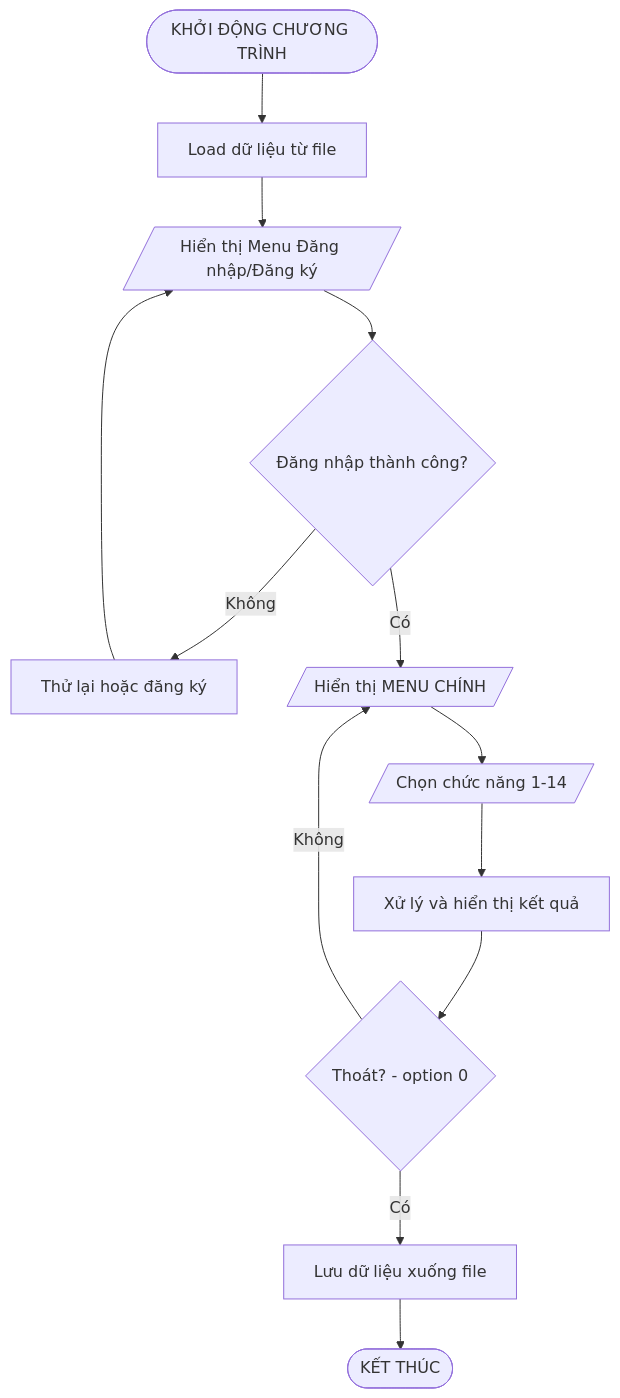
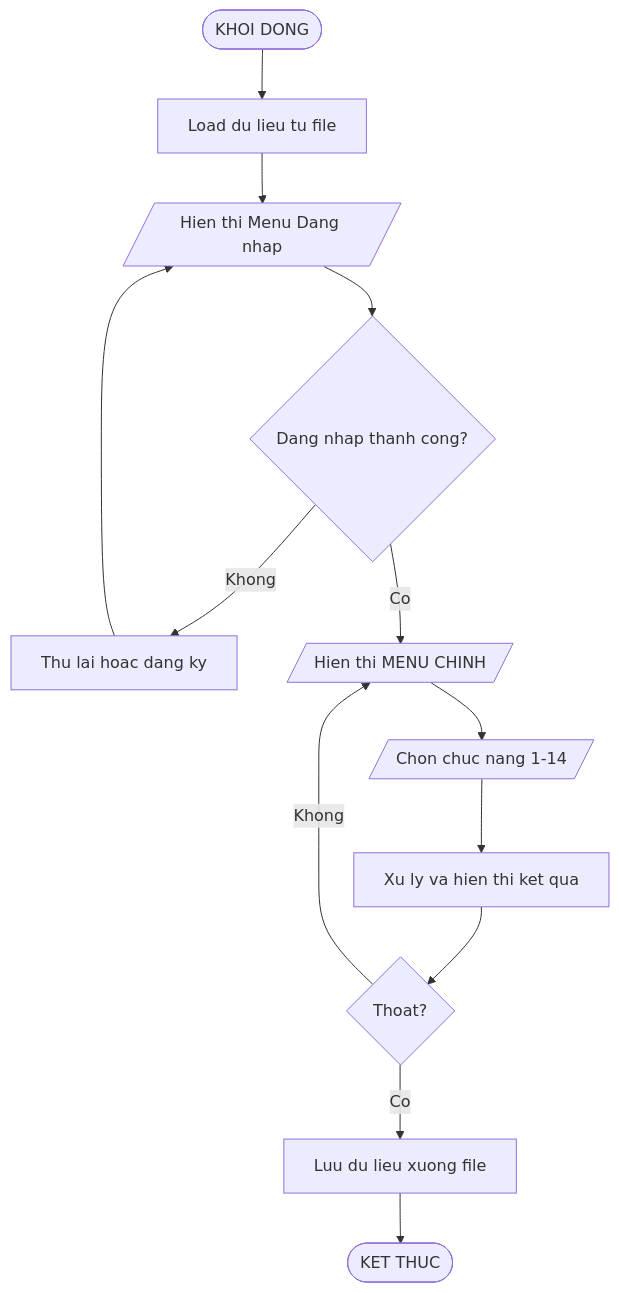
The first of 20 diagrams in docs/Flowcharts/Flowcharts.md (phucphuc2006/pro-192), drawn with Mermaid before and after one commit. The commit also changed other lines of this file, not shown here.

Commit message:
Fix Mermaid syntax for GitHub compatibility

````diff
--- a/docs/Flowcharts/Flowcharts.md
+++ b/docs/Flowcharts/Flowcharts.md
@@ -13,15 +13,15 @@
 ```mermaid
 flowchart TD
-    A([KHỞI ĐỘNG CHƯƠNG TRÌNH]) --> B[Load dữ liệu từ file]
-    B --> C[/Hiển thị Menu Đăng nhập/Đăng ký/]
-    C --> D{Đăng nhập thành công?}
-    D -->|Không| E[Thử lại hoặc đăng ký]
+    A([KHOI DONG]) --> B[Load du lieu tu file]
+    B --> C[/Hien thi Menu Dang nhap/]
+    C --> D{Dang nhap thanh cong?}
+    D -->|Khong| E[Thu lai hoac dang ky]
     E --> C
-    D -->|Có| F[/Hiển thị MENU CHÍNH/]
-    F --> G[/Chọn chức năng 1-14/]
-    G --> H[Xử lý và hiển thị kết quả]
-    H --> I{Thoát? - option 0}
-    I -->|Không| F
-    I -->|Có| J[Lưu dữ liệu xuống file]
-    J --> K([KẾT THÚC])
+    D -->|Co| F[/Hien thi MENU CHINH/]
+    F --> G[/Chon chuc nang 1-14/]
+    G --> H[Xu ly va hien thi ket qua]
+    H --> I{Thoat?}
+    I -->|Khong| F
+    I -->|Co| J[Luu du lieu xuong file]
+    J --> K([KET THUC])
 ```
````
